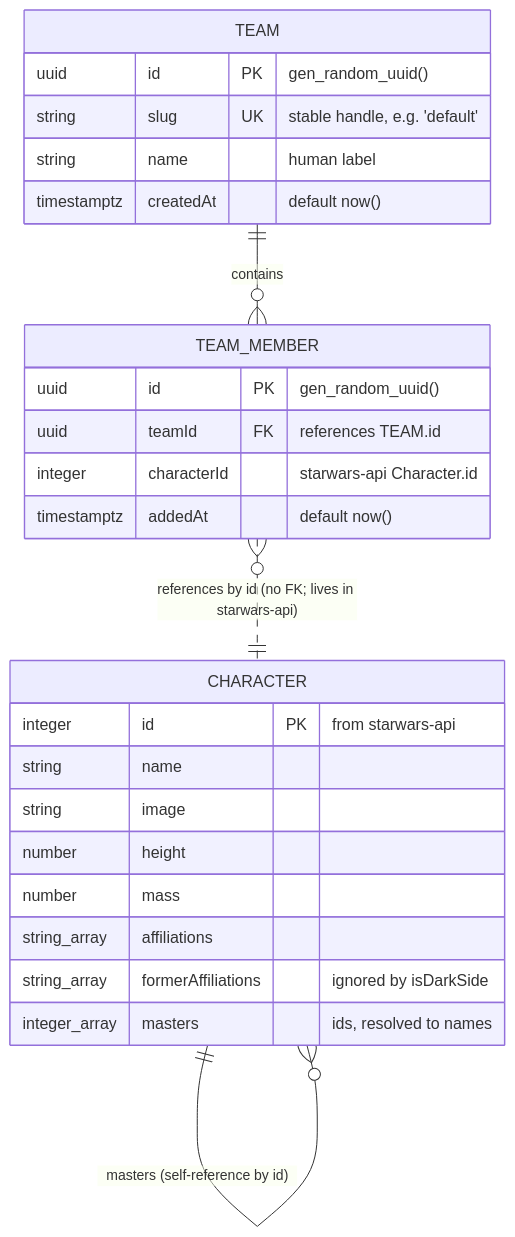
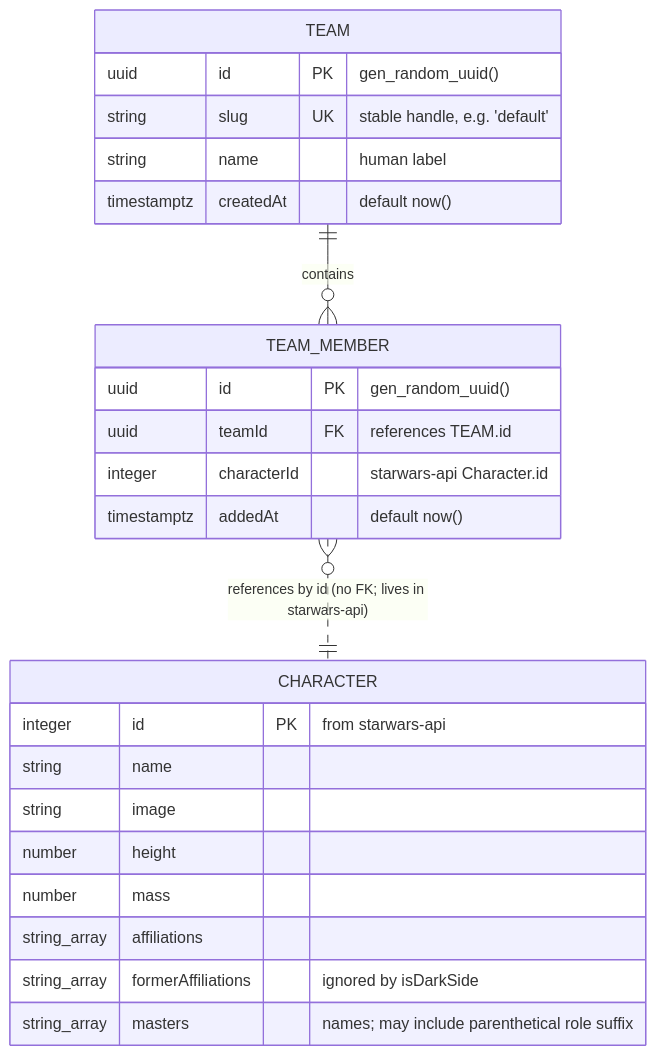
The diagram in plans/data-model.md (stijnvanhulle/starwars), drawn with Mermaid before and after one commit. The commit also changed other lines of this file and 9 other files, not shown here.

````diff
--- a/plans/data-model.md
+++ b/plans/data-model.md
@@ -5,28 +5,27 @@
 ```mermaid
 erDiagram
   TEAM {
     uuid id PK "gen_random_uuid()"
     string slug UK "stable handle, e.g. 'default'"
     string name "human label"
     timestamptz createdAt "default now()"
   }
   TEAM_MEMBER {
     uuid id PK "gen_random_uuid()"
     uuid teamId FK "references TEAM.id"
     integer characterId "starwars-api Character.id"
     timestamptz addedAt "default now()"
   }
   CHARACTER {
     integer id PK "from starwars-api"
     string name
     string image
     number height
     number mass
     string_array affiliations
     string_array formerAffiliations "ignored by isDarkSide"
-    integer_array masters "ids, resolved to names"
+    string_array masters "names; may include parenthetical role suffix"
   }
   TEAM ||--o{ TEAM_MEMBER : "contains"
   TEAM_MEMBER }o..|| CHARACTER : "references by id (no FK; lives in starwars-api)"
-  CHARACTER ||--o{ CHARACTER : "masters (self-reference by id)"
 ```
````
